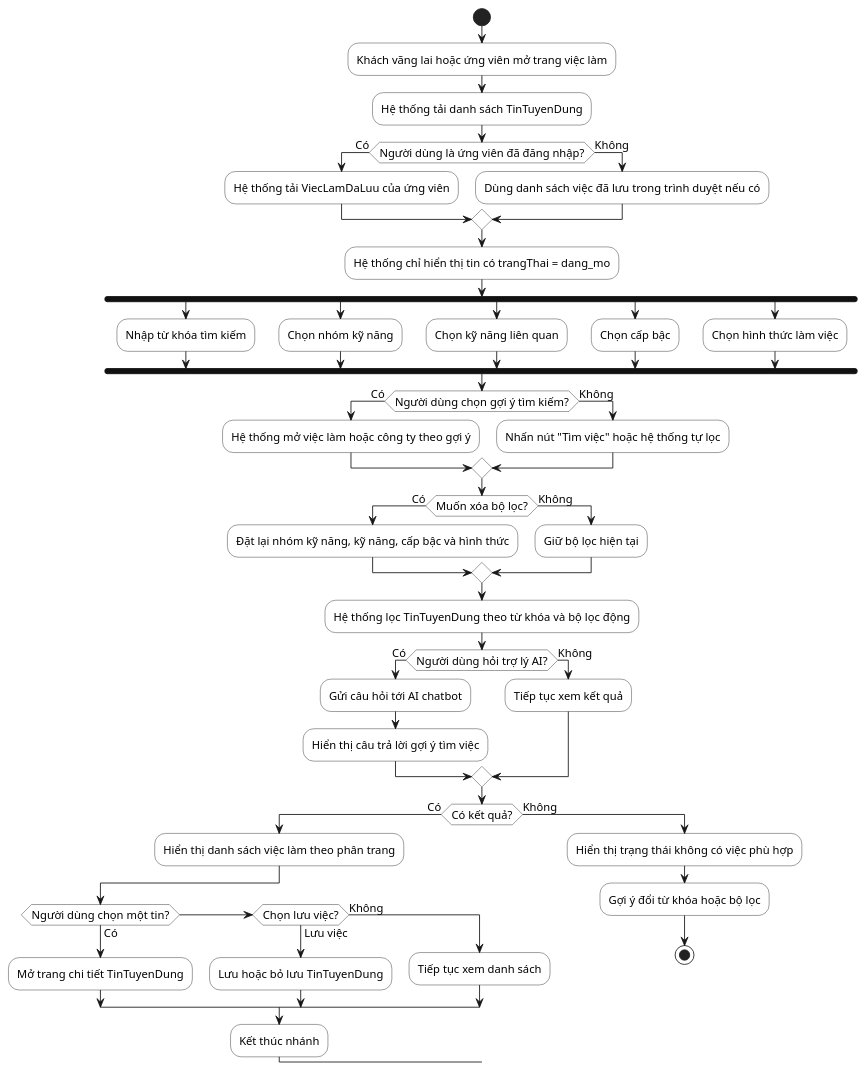
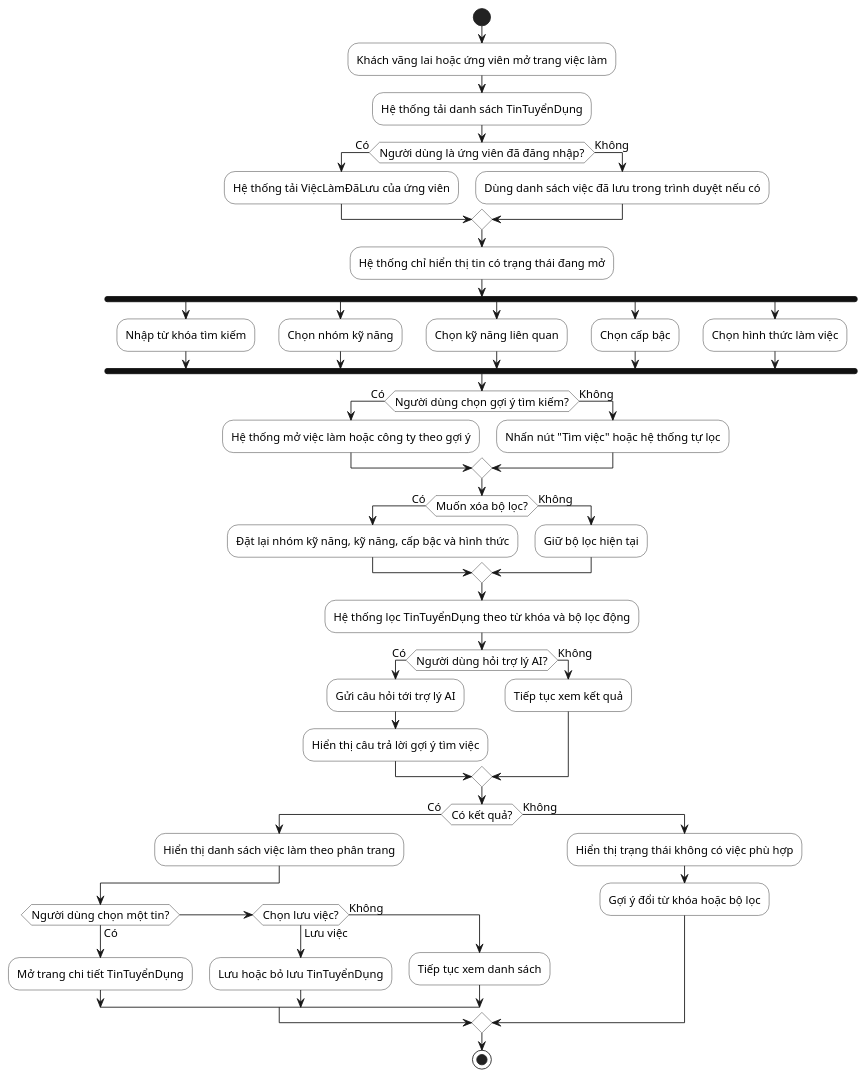
Before and after one commit to hole-six/DoAn: the diagram in docs/so-do/02-activity/04-activity-tim-kiem-viec-lam.puml, drawn with PlantUML. The commit also changed 1039 other files, not shown here.

```diff
--- a/docs/so-do/02-activity/04-activity-tim-kiem-viec-lam.puml
+++ b/docs/so-do/02-activity/04-activity-tim-kiem-viec-lam.puml
@@ -1,65 +1,64 @@
 @startuml
 skinparam defaultFontName "Segoe UI"
 skinparam defaultFontSize 13
 skinparam shadowing false
 skinparam linetype ortho
 skinparam activity {
   BackgroundColor White
   BorderColor #222222
   DiamondBackgroundColor White
   DiamondBorderColor #222222
   BarColor #111111
 }
 start
 :Khách vãng lai hoặc ứng viên mở trang việc làm;
-:Hệ thống tải danh sách TinTuyenDung;
+:Hệ thống tải danh sách TinTuyểnDụng;
 if (Người dùng là ứng viên đã đăng nhập?) then (Có)
-  :Hệ thống tải ViecLamDaLuu của ứng viên;
+  :Hệ thống tải ViệcLàmĐãLưu của ứng viên;
 else (Không)
   :Dùng danh sách việc đã lưu trong trình duyệt nếu có;
 endif
-:Hệ thống chỉ hiển thị tin có trangThai = dang_mo;
+:Hệ thống chỉ hiển thị tin có trạng thái đang mở;
 fork
   :Nhập từ khóa tìm kiếm;
 fork again
   :Chọn nhóm kỹ năng;
 fork again
   :Chọn kỹ năng liên quan;
 fork again
   :Chọn cấp bậc;
 fork again
   :Chọn hình thức làm việc;
 end fork
 if (Người dùng chọn gợi ý tìm kiếm?) then (Có)
   :Hệ thống mở việc làm hoặc công ty theo gợi ý;
 else (Không)
   :Nhấn nút "Tìm việc" hoặc hệ thống tự lọc;
 endif
 if (Muốn xóa bộ lọc?) then (Có)
   :Đặt lại nhóm kỹ năng, kỹ năng, cấp bậc và hình thức;
 else (Không)
   :Giữ bộ lọc hiện tại;
 endif
-:Hệ thống lọc TinTuyenDung theo từ khóa và bộ lọc động;
+:Hệ thống lọc TinTuyểnDụng theo từ khóa và bộ lọc động;
 if (Người dùng hỏi trợ lý AI?) then (Có)
-  :Gửi câu hỏi tới AI chatbot;
+  :Gửi câu hỏi tới trợ lý AI;
   :Hiển thị câu trả lời gợi ý tìm việc;
 else (Không)
   :Tiếp tục xem kết quả;
 endif
 if (Có kết quả?) then (Có)
   :Hiển thị danh sách việc làm theo phân trang;
   if (Người dùng chọn một tin?) then (Có)
-    :Mở trang chi tiết TinTuyenDung;
+    :Mở trang chi tiết TinTuyểnDụng;
   elseif (Chọn lưu việc?) then (Lưu việc)
-    :Lưu hoặc bỏ lưu TinTuyenDung;
+    :Lưu hoặc bỏ lưu TinTuyểnDụng;
   else (Không)
     :Tiếp tục xem danh sách;
   endif
-  :Kết thúc nhánh;
 else (Không)
   :Hiển thị trạng thái không có việc phù hợp;
   :Gợi ý đổi từ khóa hoặc bộ lọc;
-  stop
 endif
+stop
 @enduml
```
